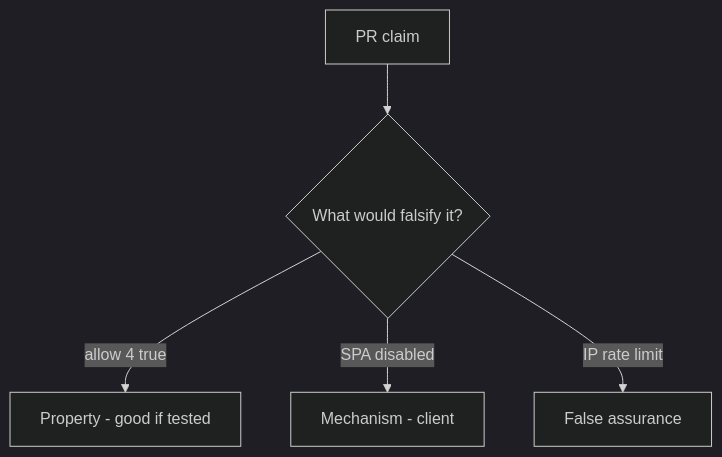
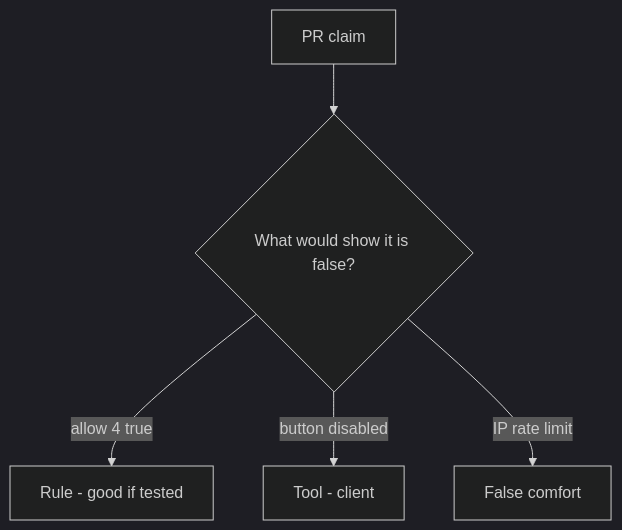
The diagram in content/modules/6/6.7/lessons/08-review.md (ishitvagoel/LearnSecurity), drawn with Mermaid (dark theme) before and after one commit. The commit also changed other lines of this file and 55 other files, not shown here.

````diff
--- a/content/modules/6/6.7/lessons/08-review.md
+++ b/content/modules/6/6.7/lessons/08-review.md
@@ -17,7 +18,7 @@
 ```mermaid
 flowchart TD
-  Claim[PR claim] --> Q{"What would falsify it?"}
-  Q -->|"allow 4 true"| Property["Property - good if tested"]
-  Q -->|"SPA disabled"| Mechanism[Mechanism - client]
-  Q -->|"IP rate limit"| False[False assurance]
+  Claim[PR claim] --> Q{"What would show it is false?"}
+  Q -->|"allow 4 true"| Property["Rule - good if tested"]
+  Q -->|"button disabled"| Mechanism[Tool - client]
+  Q -->|"IP rate limit"| False[False comfort]
 ```
````
